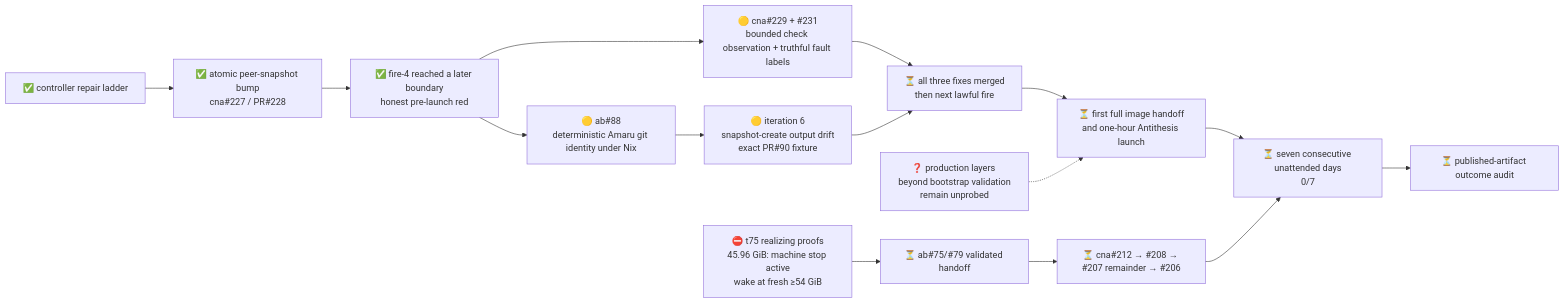
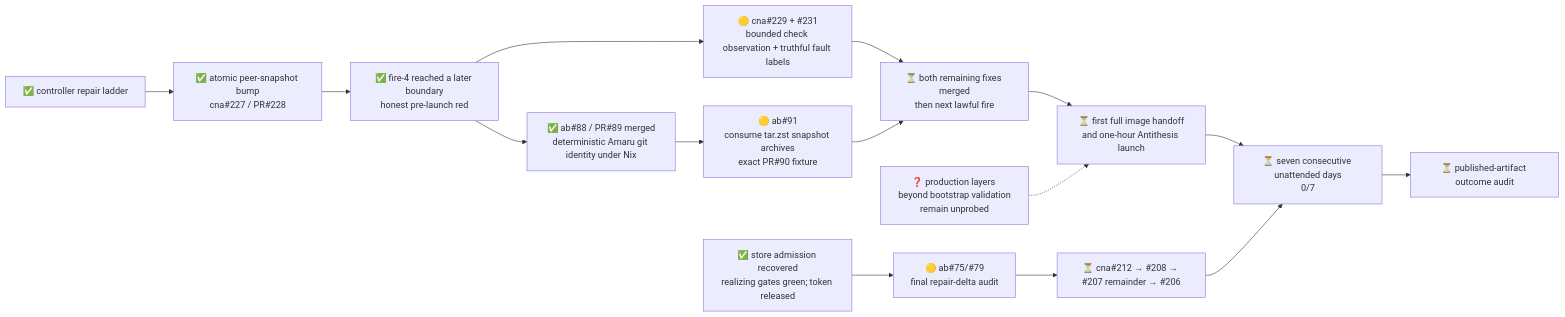
Before and after one commit to cardano-foundation/cardano-node-antithesis: the diagram in .milestones/2/state.md, drawn with Mermaid. The commit also changed other lines of this file and 6 other files, not shown here.

````diff
--- a/.milestones/2/state.md
+++ b/.milestones/2/state.md
@@ -7,14 +7,14 @@
 ```mermaid
 flowchart LR
     ladder["✅ controller repair ladder"] --> atomic["✅ atomic peer-snapshot bump<br/>cna#227 / PR#228"]
     atomic --> fire4["✅ fire-4 reached a later boundary<br/>honest pre-launch red"]
     fire4 --> observe["🟡 cna#229 + #231<br/>bounded check observation + truthful fault labels"]
-    fire4 --> gitinfo["🟡 ab#88<br/>deterministic Amaru git identity under Nix"]
-    observe --> fire5["⏳ all three fixes merged<br/>then next lawful fire"]
-    gitinfo --> snapshot6["🟡 iteration 6<br/>snapshot-create output drift<br/>exact PR#90 fixture"] --> fire5
+    fire4 --> gitinfo["✅ ab#88 / PR#89 merged<br/>deterministic Amaru git identity under Nix"]
+    observe --> fire5["⏳ both remaining fixes merged<br/>then next lawful fire"]
+    gitinfo --> snapshot6["🟡 ab#91<br/>consume tar.zst snapshot archives<br/>exact PR#90 fixture"] --> fire5
     fire5 --> launch["⏳ first full image handoff<br/>and one-hour Antithesis launch"]
     launch --> streak["⏳ seven consecutive unattended days<br/>0/7"] --> audit["⏳ published-artifact outcome audit"]
-    capacity["⛔ t75 realizing proofs<br/>45.96 GiB: machine stop active<br/>wake at fresh ≥54 GiB"] --> t75["⏳ ab#75/#79 validated handoff"]
+    capacity["✅ store admission recovered<br/>realizing gates green; token released"] --> t75["🟡 ab#75/#79<br/>final repair-delta audit"]
     t75 --> hardening["⏳ cna#212 → #208 → #207 remainder → #206"] --> streak
     unknown["❓ production layers beyond bootstrap validation<br/>remain unprobed"] -.-> launch
 ```
````
